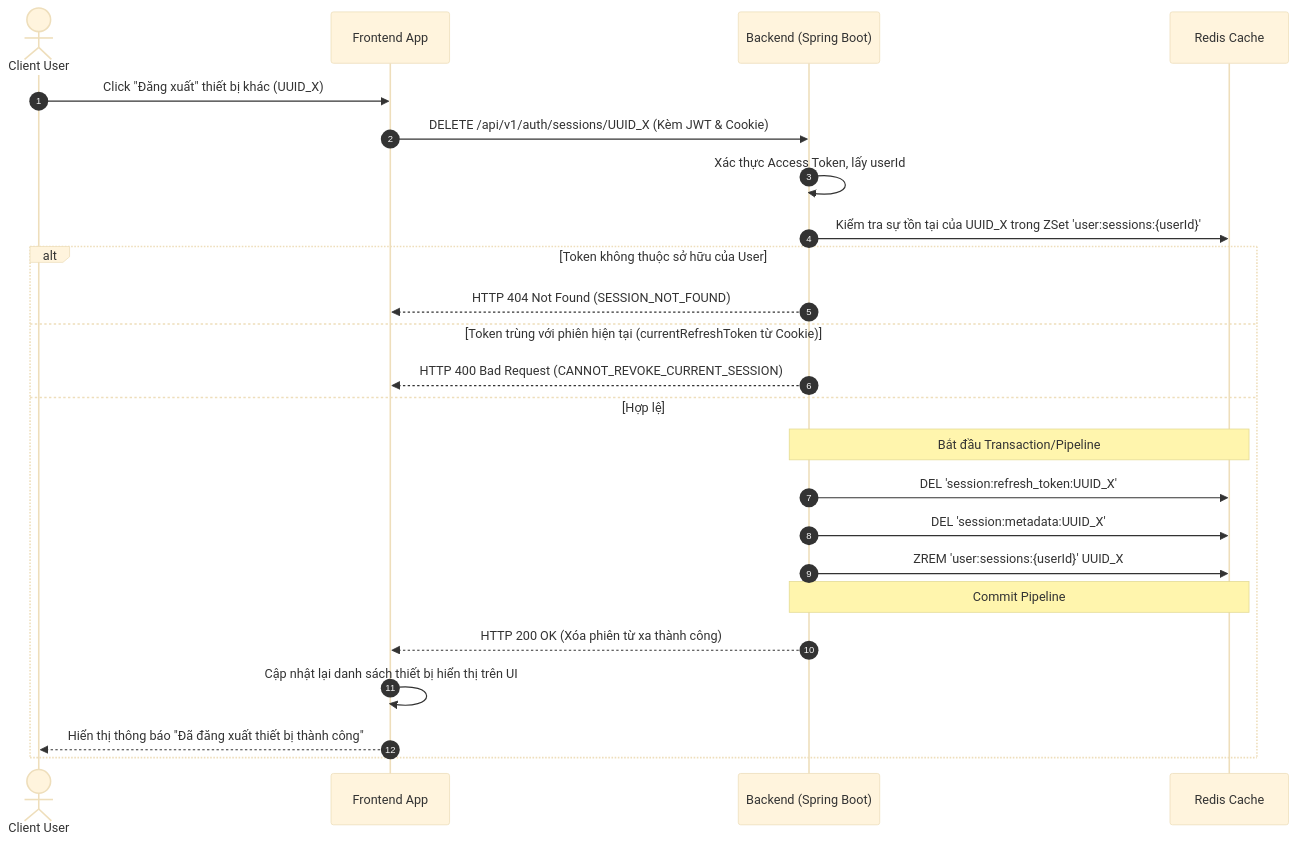
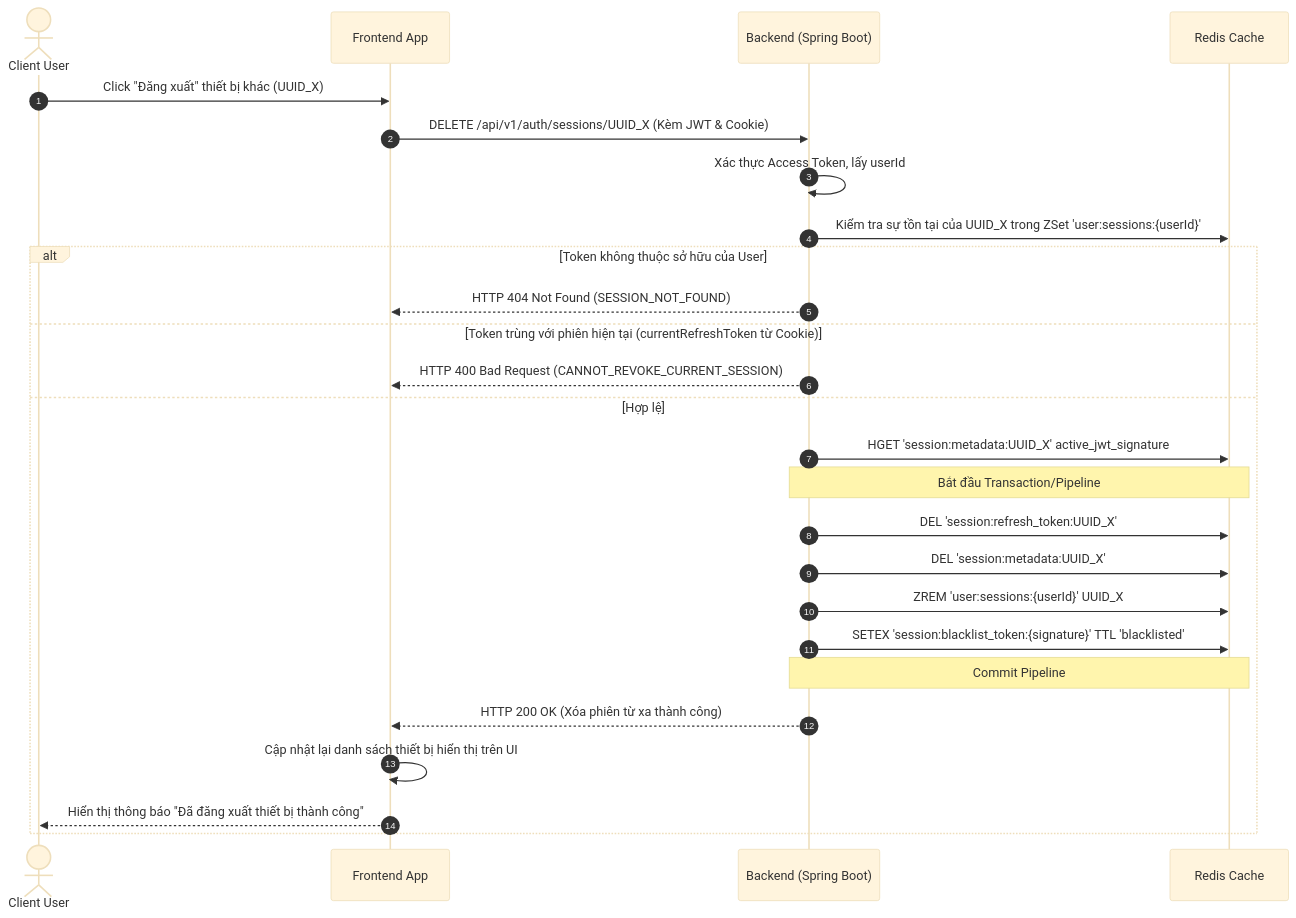
The first of 3 diagrams in docs/1. Identity & Access Management/07_session_management.md (NguyenDucHoangNam/PWB_Mini), drawn with Mermaid (base theme) before and after one commit. The commit also changed other lines of this file and 22 other files, not shown here.

````diff
--- a/docs/1. Identity & Access Management/07_session_management.md
+++ b/docs/1. Identity & Access Management/07_session_management.md
@@ -56,30 +68,32 @@
 ```mermaid
 sequenceDiagram
     autonumber
     actor User as Client User
     participant FE as Frontend App
     participant BE as Backend (Spring Boot)
     participant Redis as Redis Cache
 
     User->>FE: Click "Đăng xuất" thiết bị khác (UUID_X)
     FE->>BE: DELETE /api/v1/auth/sessions/UUID_X (Kèm JWT & Cookie)
     
     BE->>BE: Xác thực Access Token, lấy userId
     BE->>Redis: Kiểm tra sự tồn tại của UUID_X trong ZSet 'user:sessions:{userId}'
     
     alt Token không thuộc sở hữu của User
         BE-->>FE: HTTP 404 Not Found (SESSION_NOT_FOUND)
     else Token trùng với phiên hiện tại (currentRefreshToken từ Cookie)
         BE-->>FE: HTTP 400 Bad Request (CANNOT_REVOKE_CURRENT_SESSION)
     else Hợp lệ
+        BE->>Redis: HGET 'session:metadata:UUID_X' active_jwt_signature
         Note over BE, Redis: Bắt đầu Transaction/Pipeline
         BE->>Redis: DEL 'session:refresh_token:UUID_X'
         BE->>Redis: DEL 'session:metadata:UUID_X'
         BE->>Redis: ZREM 'user:sessions:{userId}' UUID_X
+        BE->>Redis: SETEX 'session:blacklist_token:{signature}' TTL 'blacklisted'
         Note over BE, Redis: Commit Pipeline
         
         BE-->>FE: HTTP 200 OK (Xóa phiên từ xa thành công)
         FE->>FE: Cập nhật lại danh sách thiết bị hiển thị trên UI
         FE-->>User: Hiển thị thông báo "Đã đăng xuất thiết bị thành công"
     end
 ```
````
